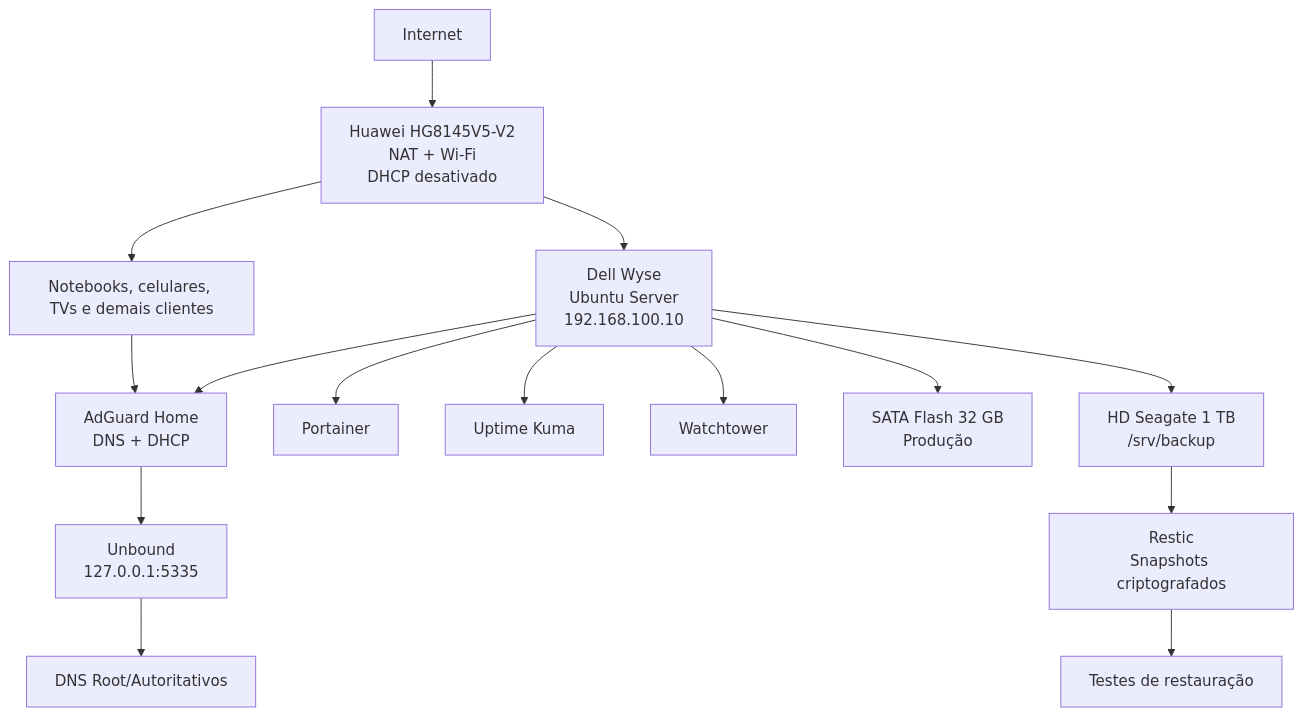
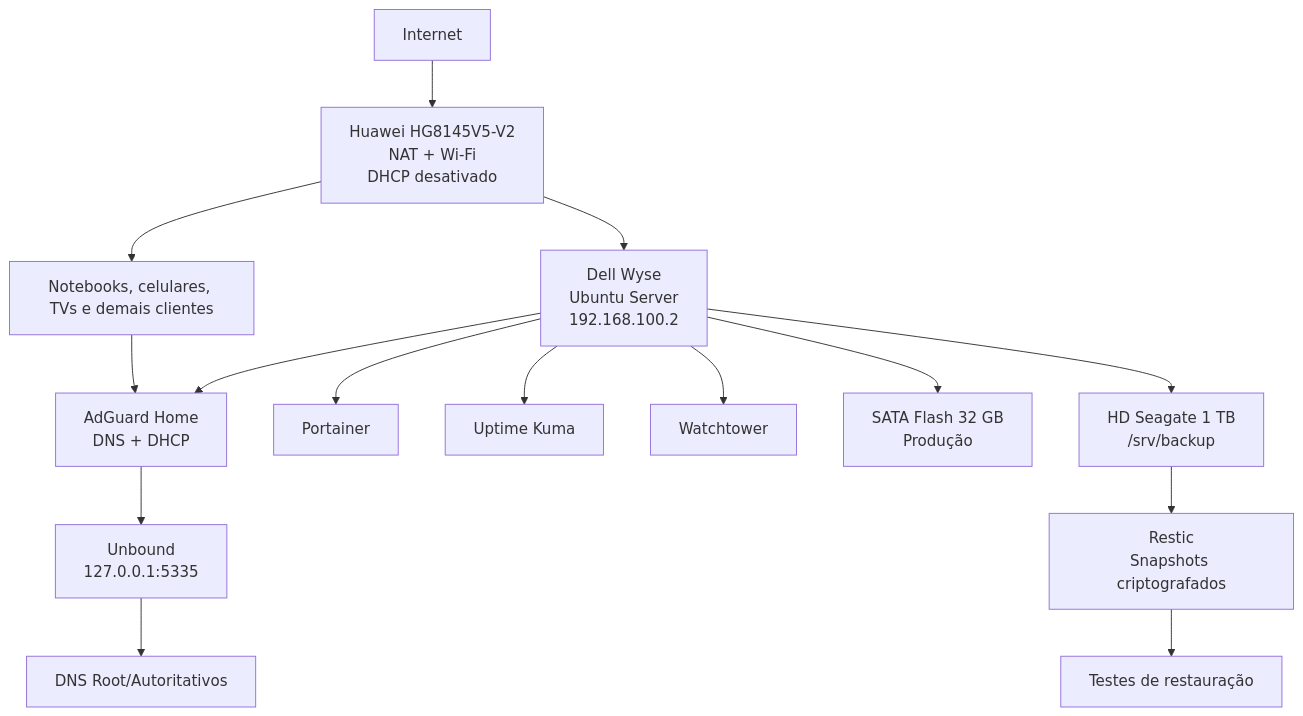
The diagram in README.md (leonardodebs/homelab-infrastructure-server), drawn with Mermaid before and after one commit. The commit also changed other lines of this file, not shown here.

Commit message:
docs: update Home Lab server IP to 192.168.100.2

````diff
--- a/README.md
+++ b/README.md
@@ -49,17 +49,17 @@
 ```mermaid
 flowchart TD
     Internet --> Modem[Huawei HG8145V5-V2\nNAT + Wi-Fi\nDHCP desativado]
-    Modem --> Wyse[Dell Wyse\nUbuntu Server\n192.168.100.10]
+    Modem --> Wyse[Dell Wyse\nUbuntu Server\n192.168.100.2]
     Wyse --> AGH[AdGuard Home\nDNS + DHCP]
     AGH --> Unbound[Unbound\n127.0.0.1:5335]
     Unbound --> RootDNS[DNS Root/Autoritativos]
     Wyse --> Portainer
     Wyse --> Kuma[Uptime Kuma]
     Wyse --> Watchtower
     Wyse --> SSD[SATA Flash 32 GB\nProdução]
     Wyse --> USB[HD Seagate 1 TB\n/srv/backup]
     USB --> Restic[Restic\nSnapshots criptografados]
     Restic --> Restore[Testes de restauração]
     Modem --> Clientes[Notebooks, celulares, TVs e demais clientes]
     Clientes --> AGH
 ```
````
